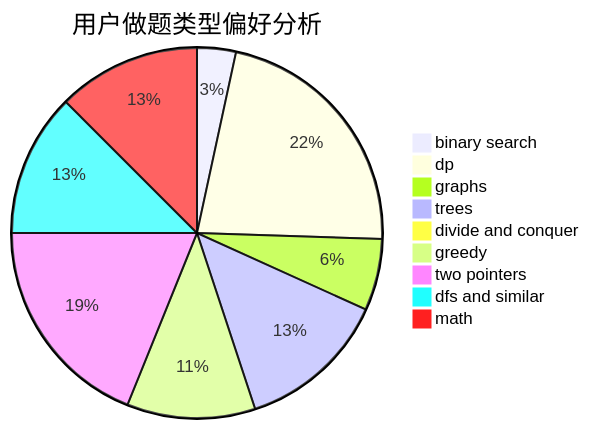
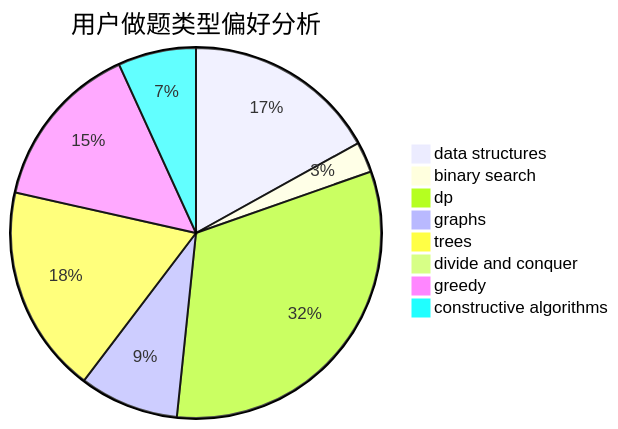
Before and after one commit to sherpahu/cfrs.github.io: the second of 3 diagrams in docs/user/u1917.md, drawn with Mermaid. The commit also changed other lines of this file and 2775 other files, not shown here.

````diff
--- a/docs/user/u1917.md
+++ b/docs/user/u1917.md
@@ -23,12 +23,11 @@
 ```mermaid
 pie title 用户做题类型偏好分析
-    "binary search" :  26
-    "dp" :  170
-    "graphs" :  48
-    "trees" :  101
+    "data structures" :  82
+    "binary search" :  13
+    "dp" :  155
+    "graphs" :  42
+    "trees" :  88
     "divide and conquer" :  0
-    "greedy" :  86
-    "two pointers" :  145
-    "dfs and similar" :  96
-    "math" :  96
+    "greedy" :  71
+    "constructive algorithms" :  33
 ```
````
